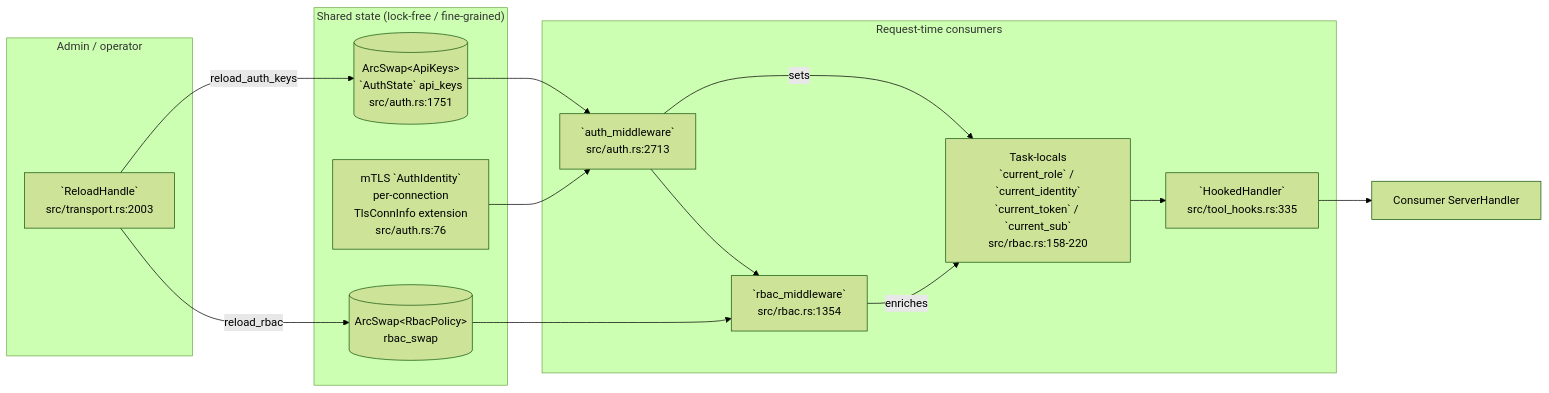
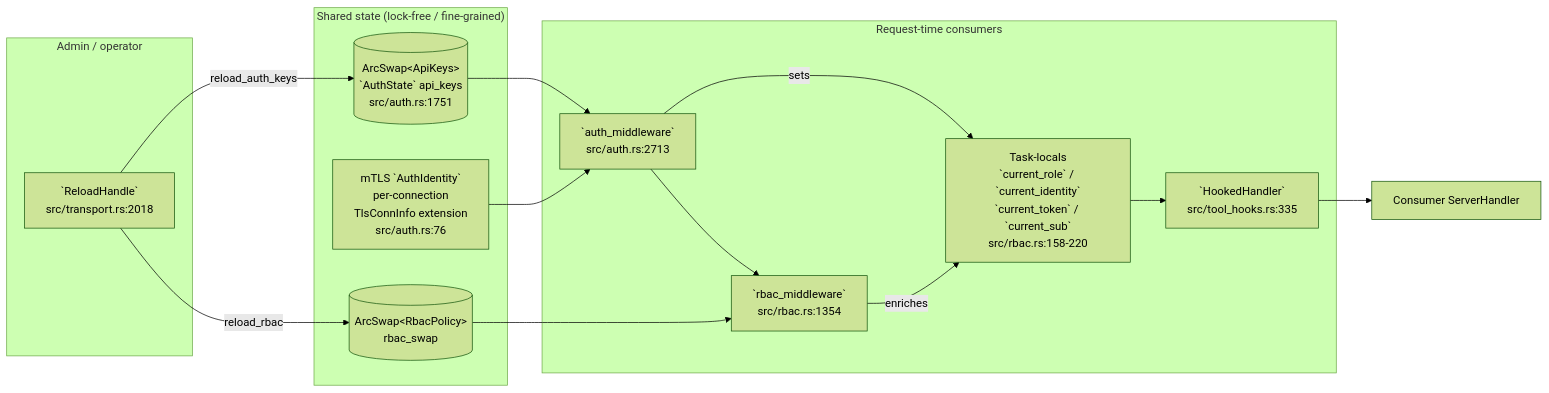
Before and after one commit to andrico21/rmcp-server-kit: the third of 4 diagrams in docs/MINDMAP.md, drawn with Mermaid (forest theme). The commit also changed other lines of this file and 5 other files, not shown here.

````diff
--- a/docs/MINDMAP.md
+++ b/docs/MINDMAP.md
@@ -332,31 +332,31 @@
 ```mermaid
 flowchart LR
     subgraph Admin["Admin / operator"]
-        RH[`ReloadHandle`<br/>src/transport.rs:2003]
+        RH[`ReloadHandle`<br/>src/transport.rs:2018]
     end
 
     subgraph SharedState["Shared state (lock-free / fine-grained)"]
         AKS[(ArcSwap&lt;ApiKeys&gt;<br/>`AuthState` api_keys<br/>src/auth.rs:1751)]
         RBS[(ArcSwap&lt;RbacPolicy&gt;<br/>rbac_swap)]
         MTL[mTLS `AuthIdentity`<br/>per-connection<br/>TlsConnInfo extension<br/>src/auth.rs:76]
     end
 
     subgraph Hot["Request-time consumers"]
         AM[`auth_middleware`<br/>src/auth.rs:2713]
         BM[`rbac_middleware`<br/>src/rbac.rs:1354]
         TL["Task-locals<br/>`current_role` / `current_identity`<br/>`current_token` / `current_sub`<br/>src/rbac.rs:158-220"]
         TH[`HookedHandler`<br/>src/tool_hooks.rs:335]
     end
 
     RH -- reload_auth_keys --> AKS
     RH -- reload_rbac --> RBS
 
     AKS --> AM
     MTL --> AM
     AM -- sets --> TL
     AM --> BM
     RBS --> BM
     BM -- enriches --> TL
     TL --> TH
     TH --> Consumer[Consumer ServerHandler]
 ```
````
